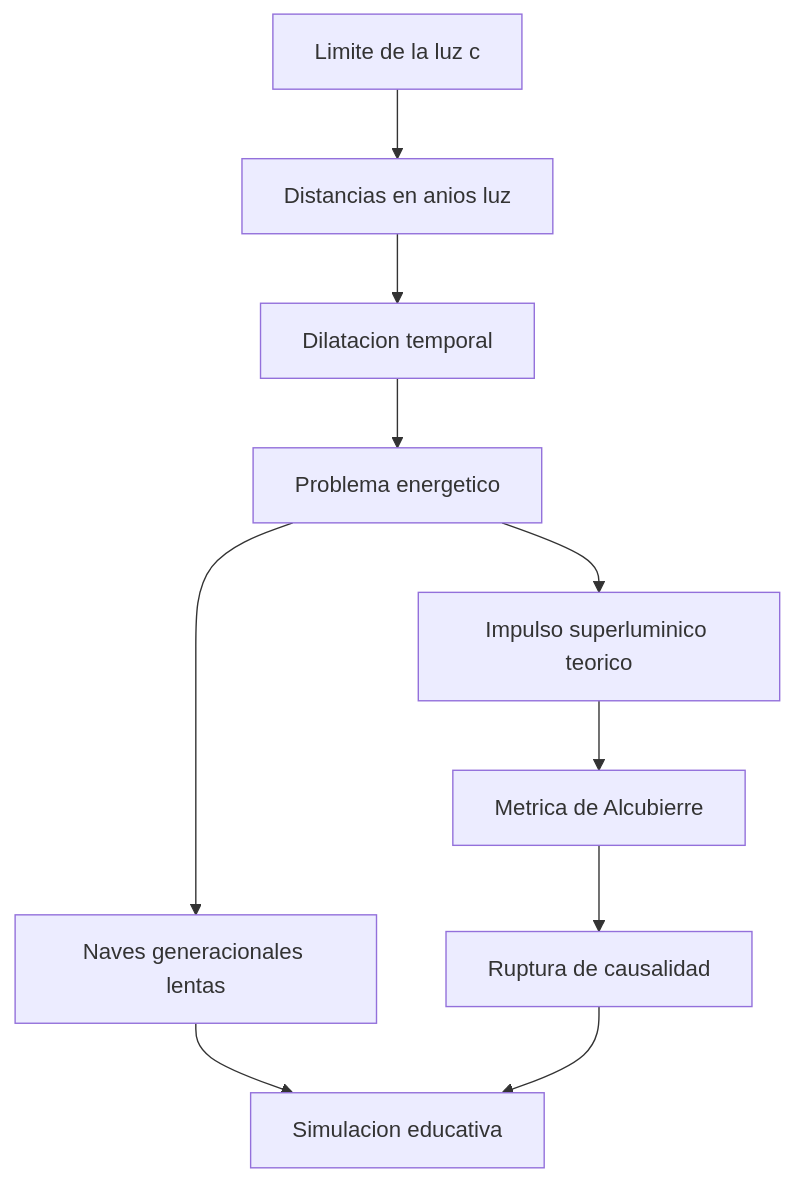
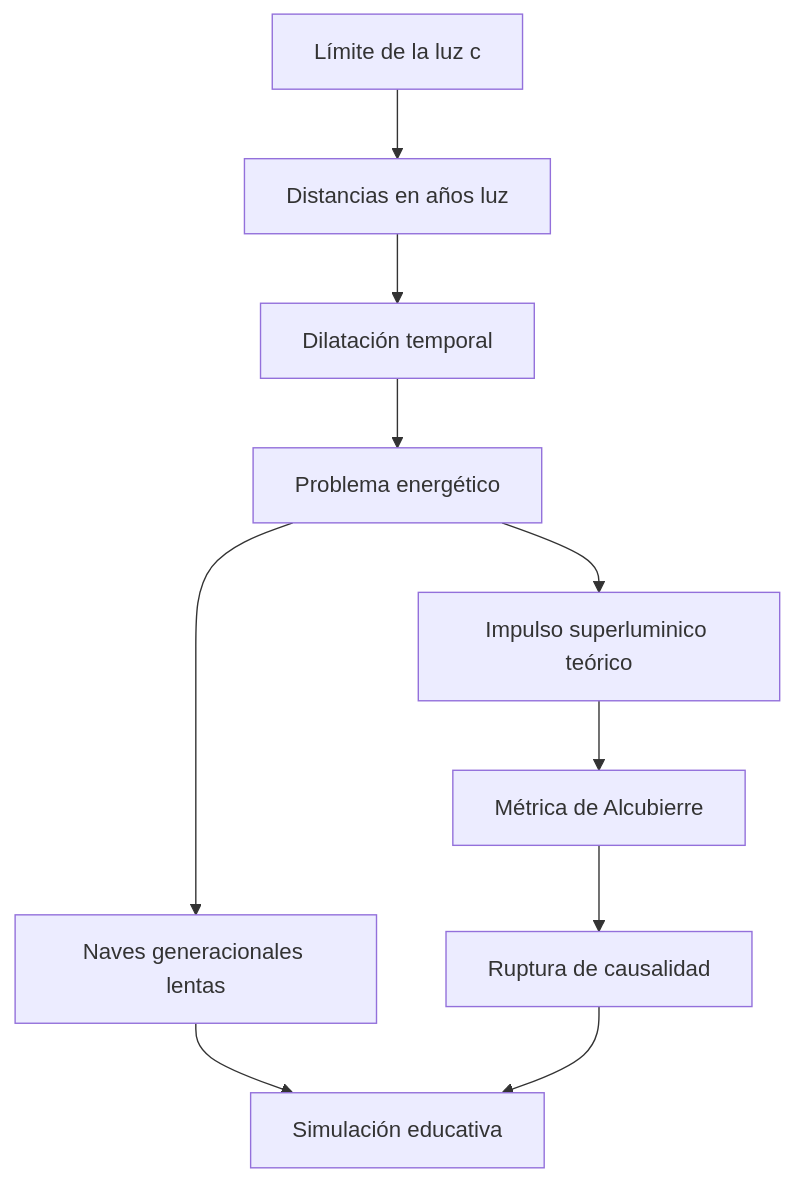
The diagram in vehiculos-fantasticos/nave-exploracion/README.md (vladimiracunadev-create/machine-operator-program), drawn with Mermaid before and after one commit. The commit also changed other lines of this file and 442 other files, not shown here.

````diff
--- a/vehiculos-fantasticos/nave-exploracion/README.md
+++ b/vehiculos-fantasticos/nave-exploracion/README.md
@@ -34,12 +34,12 @@
 ```mermaid
 flowchart TD
-    Luz[Limite de la luz c] --> Distancias[Distancias en anios luz]
-    Distancias --> Tiempo[Dilatacion temporal]
-    Tiempo --> Energia[Problema energetico]
+    Luz[Límite de la luz c] --> Distancias[Distancias en años luz]
+    Distancias --> Tiempo[Dilatación temporal]
+    Tiempo --> Energia[Problema energético]
     Energia --> Generacional[Naves generacionales lentas]
-    Energia --> Warp[Impulso superluminico teorico]
-    Warp --> Alcubierre[Metrica de Alcubierre]
+    Energia --> Warp[Impulso superluminico teórico]
+    Warp --> Alcubierre[Métrica de Alcubierre]
     Alcubierre --> Causalidad[Ruptura de causalidad]
-    Generacional --> Sim[Simulacion educativa]
+    Generacional --> Sim[Simulación educativa]
     Causalidad --> Sim
 ```
````
